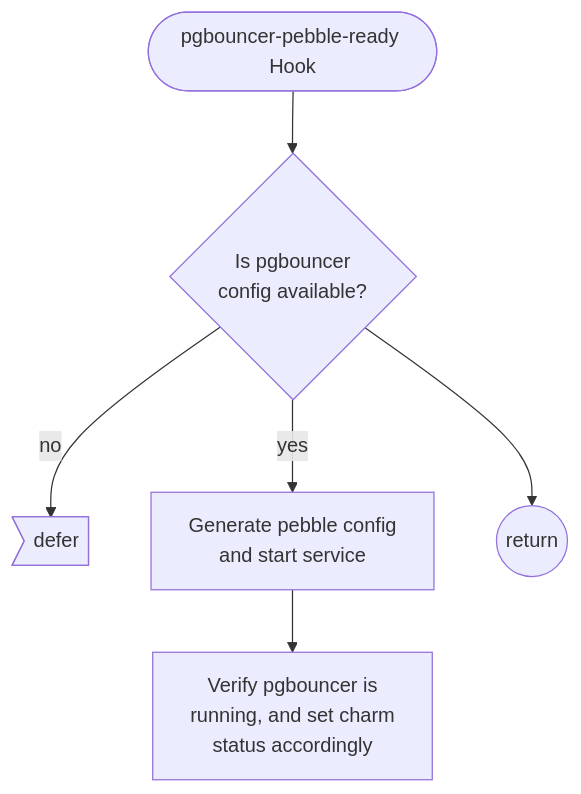
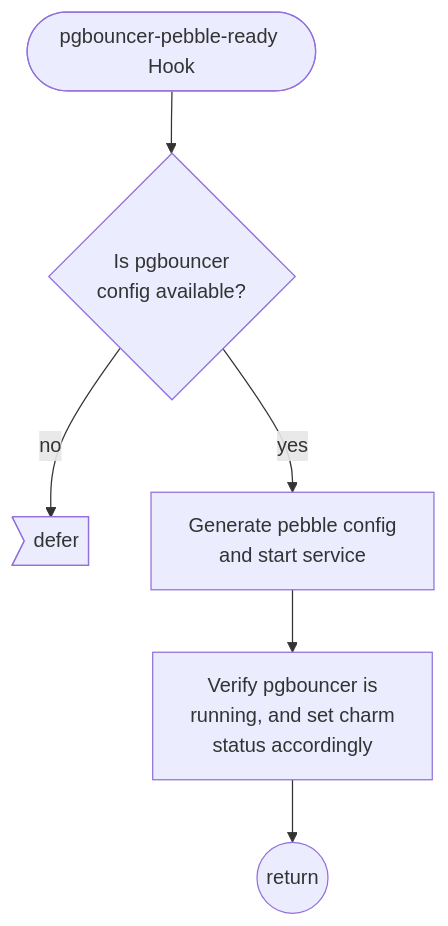
One commit to canonical/pgbouncer-k8s-operator changed the second of 15 diagrams in CONTRIBUTING.md. Above: the diagram before and after it, drawn with Mermaid. The commit also changed 2 other files, not shown here.

Commit message:
moving some stuff around so it makes more sense

````diff
--- a/CONTRIBUTING.md
+++ b/CONTRIBUTING.md
@@ -94,8 +94,8 @@
 ```mermaid
 flowchart TD
   start([pgbouncer-pebble-ready Hook]) --> is_cfg{Is pgbouncer\nconfig available?}
   is_cfg -- no --> defer>defer]
   is_cfg -- yes --> gen_cfg[Generate pebble config\nand start service]
-  gen_cfg --> id205[Verify pgbouncer is\nrunning, and set charm\n status accordingly]
-  is_cfg --> rtn((return))
+  gen_cfg --> verify[Verify pgbouncer is\nrunning, and set charm\n status accordingly]
+  verify --> rtn((return))
 ```
````
